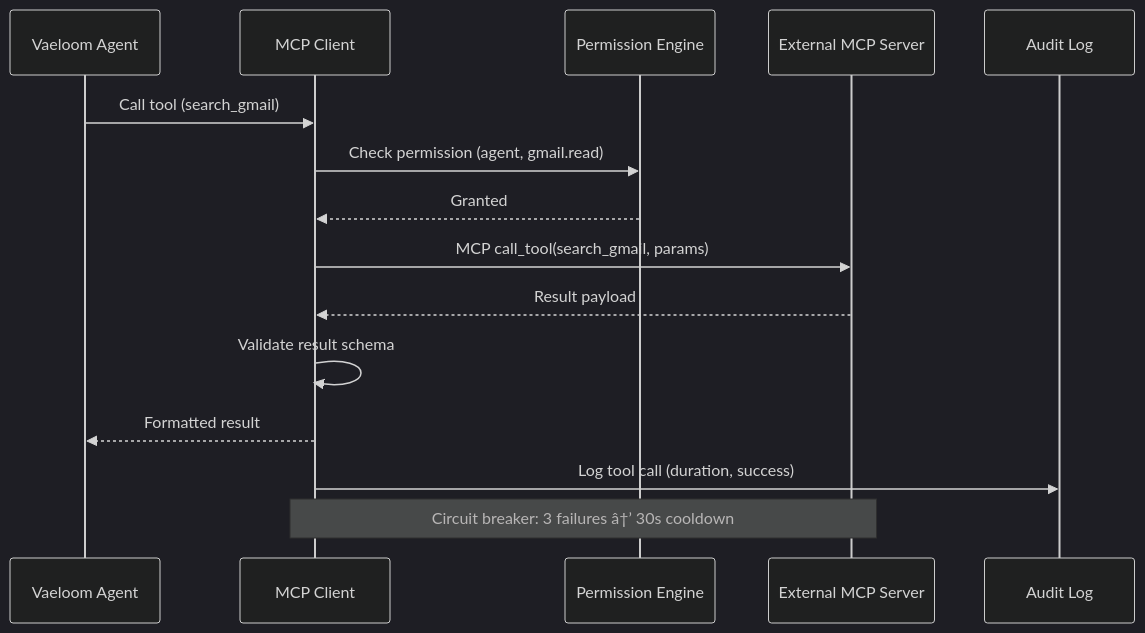
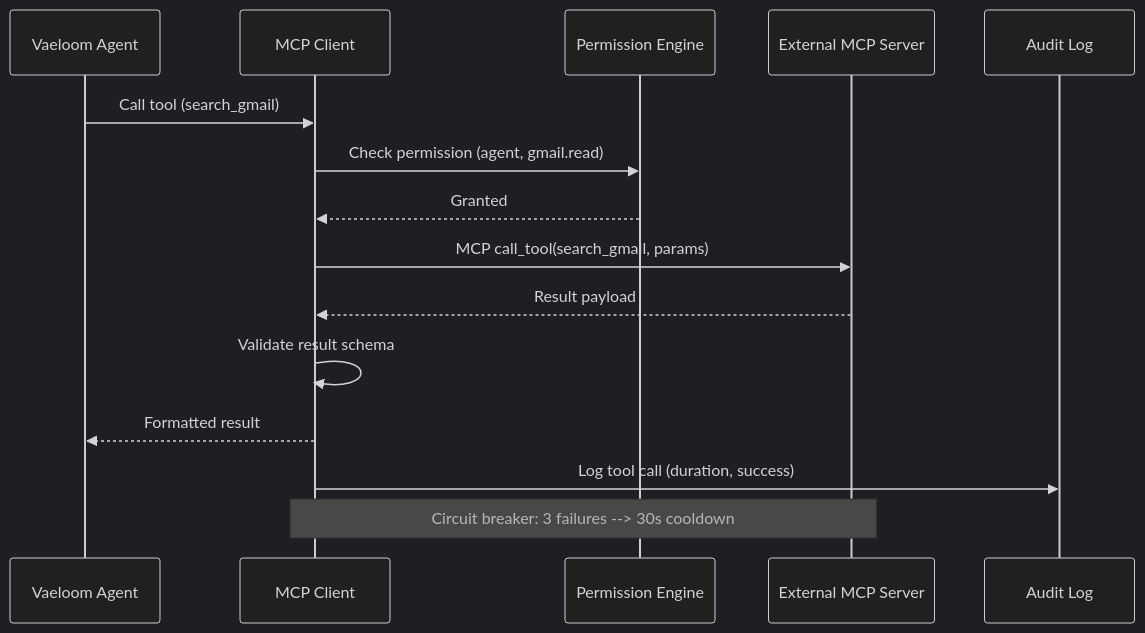
Before and after one commit to Driftloom/Vaeloom: the second of 2 diagrams in Docs/AI/MCP.md, drawn with Mermaid (dark theme). The commit also changed other lines of this file and 18 other files, not shown here.

Commit message:
docs(ai): add AI architecture overview and model routing

````diff
--- a/Docs/AI/MCP.md
+++ b/Docs/AI/MCP.md
@@ -185,21 +185,21 @@
 ```mermaid
 sequenceDiagram
     participant AG as Vaeloom Agent
     participant MC as MCP Client
     participant PE as Permission Engine
     participant EXT as External MCP Server
     participant LOG as Audit Log
 
     AG->>MC: Call tool (search_gmail)
     MC->>PE: Check permission (agent, gmail.read)
     PE-->>MC: Granted
     
     MC->>EXT: MCP call_tool(search_gmail, params)
     EXT-->>MC: Result payload
     
     MC->>MC: Validate result schema
     MC-->>AG: Formatted result
     MC->>LOG: Log tool call (duration, success)
     
-    Note over MC,EXT: Circuit breaker: 3 failures â†’ 30s cooldown
+    Note over MC,EXT: Circuit breaker: 3 failures --> 30s cooldown
 ```
````
